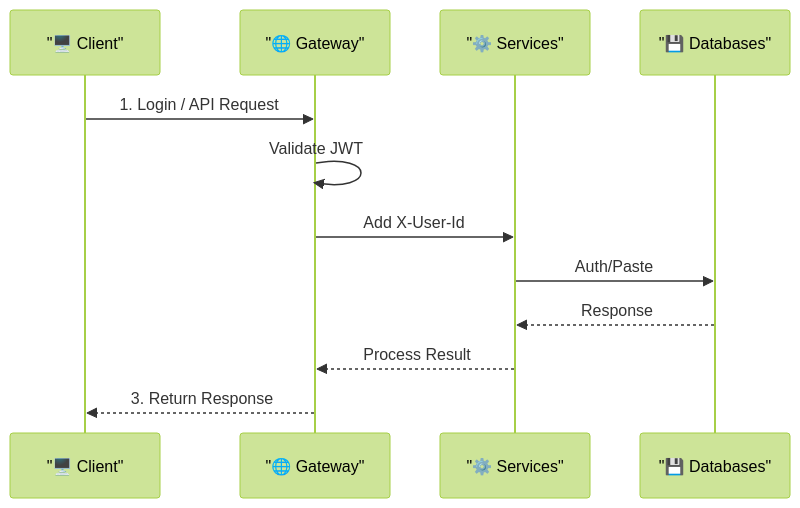
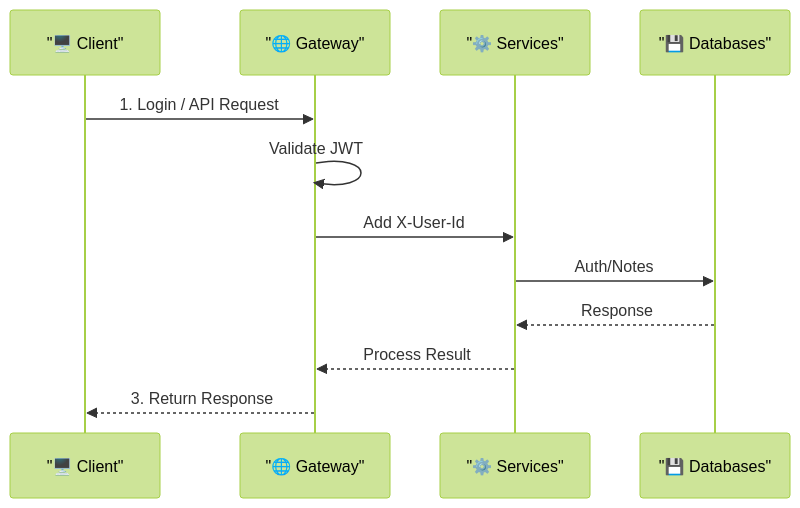
The second of 3 diagrams in README.md (EternalEffy/wishly-platform), drawn with Mermaid (forest theme) before and after one commit. The commit also changed other lines of this file, not shown here.

````diff
--- a/README.md
+++ b/README.md
@@ -85,15 +89,15 @@
 ```mermaid
 sequenceDiagram
     participant Client as "🖥️ Client"
     participant Gateway as "🌐 Gateway"
     participant Services as "⚙️ Services"
     participant DB as "💾 Databases"
 
     Client->>Gateway: 1. Login / API Request
     Gateway->>Gateway: Validate JWT
     Gateway->>Services: Add X-User-Id
-    Services->>DB: Auth/Paste
+    Services->>DB: Auth/Notes
     DB-->>Services: Response
     Services-->>Gateway: Process Result
     Gateway-->>Client: 3. Return Response
 ```
````
